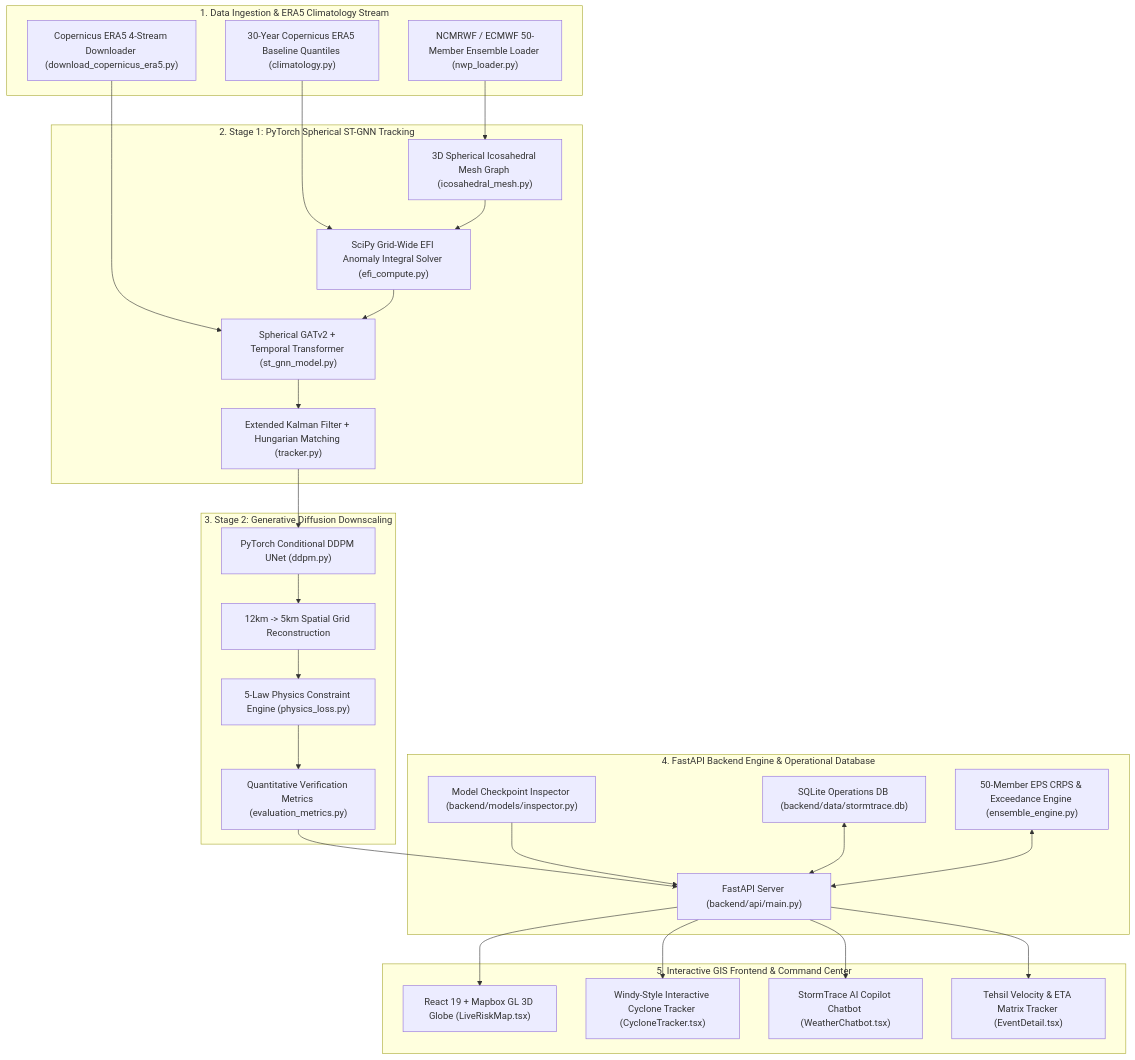
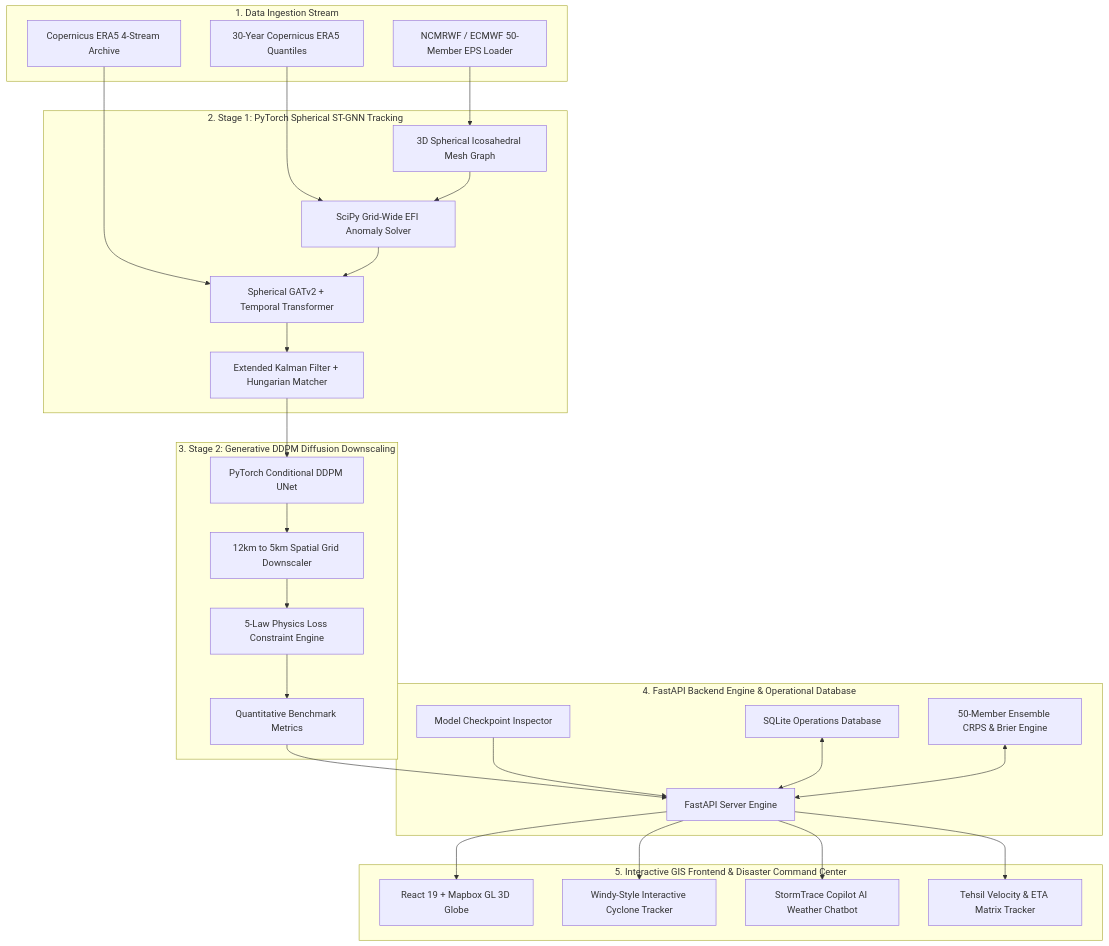
One commit to Alokzhan/wheatherSIH changed the first of 4 diagrams in README.md. Above: the diagram before and after it, drawn with Mermaid. The commit also changed other lines of this file, not shown here.

Commit message:
docs: Update README.md architecture & DFD flowcharts for 100% rendering compatibility

````diff
--- a/README.md
+++ b/README.md
@@ -110,55 +158,55 @@
 ```mermaid
-graph TD
-    subgraph Layer1 ["1. Data Ingestion & ERA5 Climatology Stream"]
-        A1["NCMRWF / ECMWF 50-Member Ensemble Loader (nwp_loader.py)"]
-        A2["30-Year Copernicus ERA5 Baseline Quantiles (climatology.py)"]
-        A3["Copernicus ERA5 4-Stream Downloader (download_copernicus_era5.py)"]
+flowchart TD
+    subgraph L1 [1. Data Ingestion Stream]
+        A1[NCMRWF / ECMWF 50-Member EPS Loader]
+        A2[30-Year Copernicus ERA5 Quantiles]
+        A3[Copernicus ERA5 4-Stream Archive]
     end
 
-    subgraph Layer2 ["2. Stage 1: PyTorch Spherical ST-GNN Tracking"]
-        B1["3D Spherical Icosahedral Mesh Graph (icosahedral_mesh.py)"]
-        B2["SciPy Grid-Wide EFI Anomaly Integral Solver (efi_compute.py)"]
-        B3["Spherical GATv2 + Temporal Transformer (st_gnn_model.py)"]
-        B4["Extended Kalman Filter + Hungarian Matching (tracker.py)"]
+    subgraph L2 [2. Stage 1: PyTorch Spherical ST-GNN Tracking]
+        B1[3D Spherical Icosahedral Mesh Graph]
+        B2[SciPy Grid-Wide EFI Anomaly Solver]
+        B3[Spherical GATv2 + Temporal Transformer]
+        B4[Extended Kalman Filter + Hungarian Matcher]
     end
 
-    subgraph Layer3 ["3. Stage 2: Generative Diffusion Downscaling"]
-        C1["PyTorch Conditional DDPM UNet (ddpm.py)"]
-        C2["12km -> 5km Spatial Grid Reconstruction"]
-        C3["5-Law Physics Constraint Engine (physics_loss.py)"]
-        C4["Quantitative Verification Metrics (evaluation_metrics.py)"]
+    subgraph L3 [3. Stage 2: Generative DDPM Diffusion Downscaling]
+        C1[PyTorch Conditional DDPM UNet]
+        C2[12km to 5km Spatial Grid Downscaler]
+        C3[5-Law Physics Loss Constraint Engine]
+        C4[Quantitative Benchmark Metrics]
     end
 
-    subgraph Layer4 ["4. FastAPI Backend Engine & Operational Database"]
-        D1["FastAPI Server (backend/api/main.py)"]
-        D2["SQLite Operations DB (backend/data/stormtrace.db)"]
-        D3["Model Checkpoint Inspector (backend/models/inspector.py)"]
-        D4["50-Member EPS CRPS & Exceedance Engine (ensemble_engine.py)"]
+    subgraph L4 [4. FastAPI Backend Engine & Operational Database]
+        D1[FastAPI Server Engine]
+        D2[SQLite Operations Database]
+        D3[Model Checkpoint Inspector]
+        D4[50-Member Ensemble CRPS & Brier Engine]
     end
 
-    subgraph Layer5 ["5. Interactive GIS Frontend & Command Center"]
-        E1["React 19 + Mapbox GL 3D Globe (LiveRiskMap.tsx)"]
-        E2["Windy-Style Interactive Cyclone Tracker (CycloneTracker.tsx)"]
-        E3["StormTrace AI Copilot Chatbot (WeatherChatbot.tsx)"]
-        E4["Tehsil Velocity & ETA Matrix Tracker (EventDetail.tsx)"]
+    subgraph L5 [5. Interactive GIS Frontend & Disaster Command Center]
+        E1[React 19 + Mapbox GL 3D Globe]
+        E2[Windy-Style Interactive Cyclone Tracker]
+        E3[StormTrace Copilot AI Weather Chatbot]
+        E4[Tehsil Velocity & ETA Matrix Tracker]
     end
 
     A1 --> B1
     A2 --> B2
     A3 --> B3
     B1 --> B2
     B2 --> B3
     B3 --> B4
     B4 --> C1
     C1 --> C2
     C2 --> C3
     C3 --> C4
     C4 --> D1
     D3 --> D1
     D2 <--> D1
     D4 <--> D1
     D1 --> E1
     D1 --> E2
     D1 --> E3
     D1 --> E4
 ```
````
